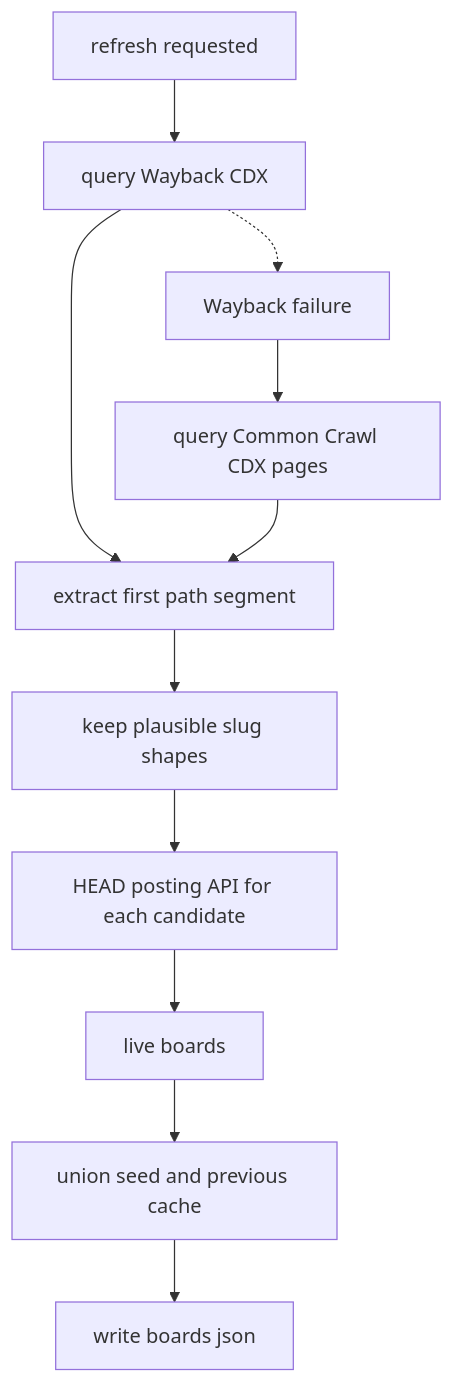
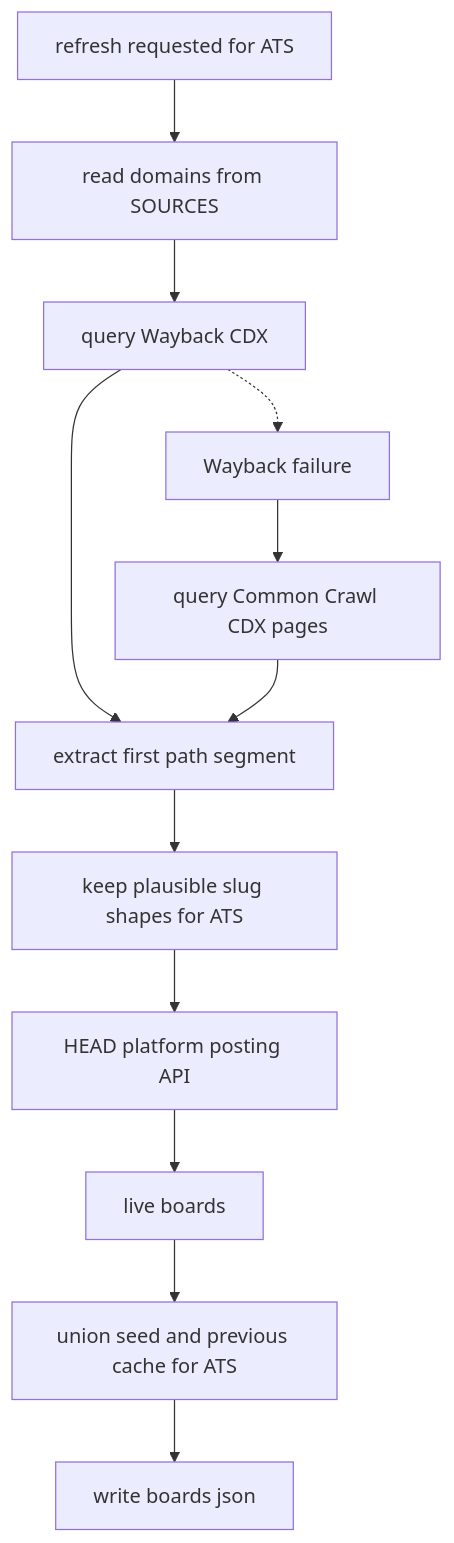
One commit to dlibis/job-boards changed the diagram in openwiki/workflows/board-discovery.md. Above: the diagram before and after it, drawn with Mermaid. The commit also changed other lines of this file and 22 other files, not shown here.

````diff
--- a/openwiki/workflows/board-discovery.md
+++ b/openwiki/workflows/board-discovery.md
@@ -24,13 +24,14 @@
 ```mermaid
 flowchart TD
-    Start["refresh requested"] --> Wayback["query Wayback CDX"]
+    Start["refresh requested for ATS"] --> Domains["read domains from SOURCES"]
+    Domains --> Wayback["query Wayback CDX"]
     Wayback --> Candidates["extract first path segment"]
     WaybackError["Wayback failure"] --> CommonCrawl["query Common Crawl CDX pages"]
     Wayback -.-> WaybackError
     CommonCrawl --> Candidates
-    Candidates --> Shape["keep plausible slug shapes"]
-    Shape --> Head["HEAD posting API for each candidate"]
+    Candidates --> Shape["keep plausible slug shapes for ATS"]
+    Shape --> Head["HEAD platform posting API"]
     Head --> Live["live boards"]
-    Live --> Union["union seed and previous cache"]
+    Live --> Union["union seed and previous cache for ATS"]
     Union --> Cache["write boards json"]
 ```
````
